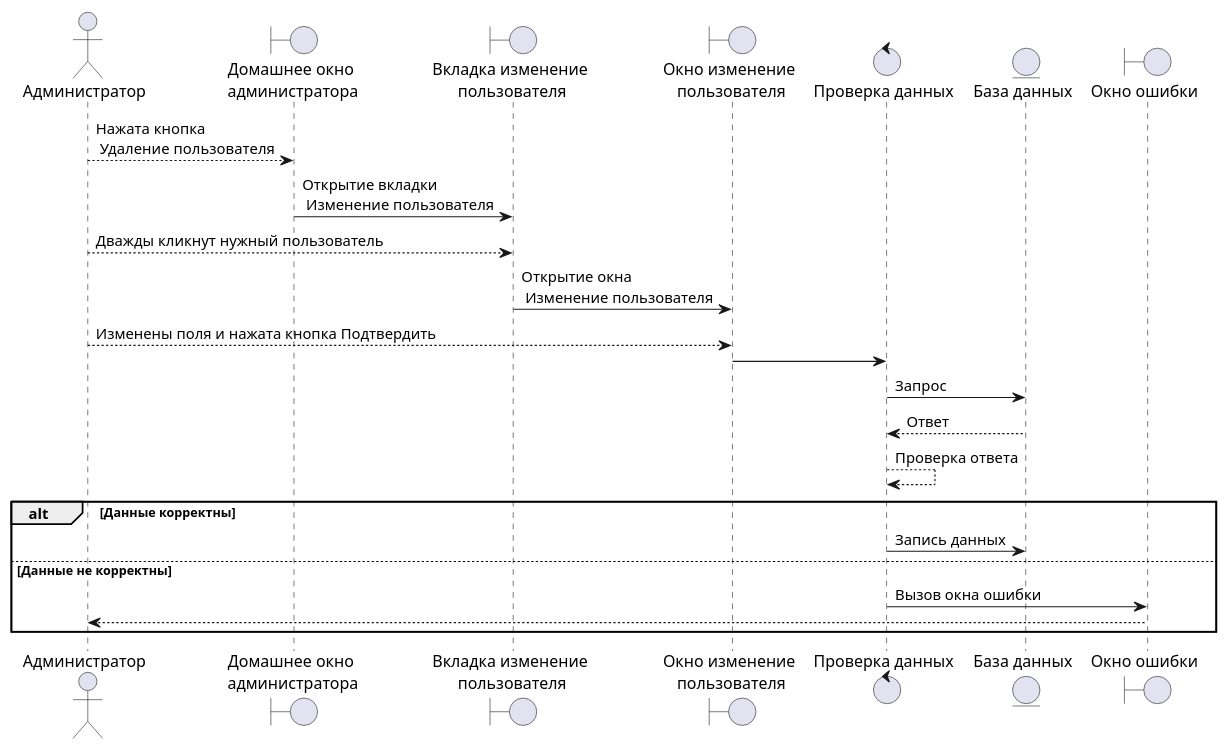
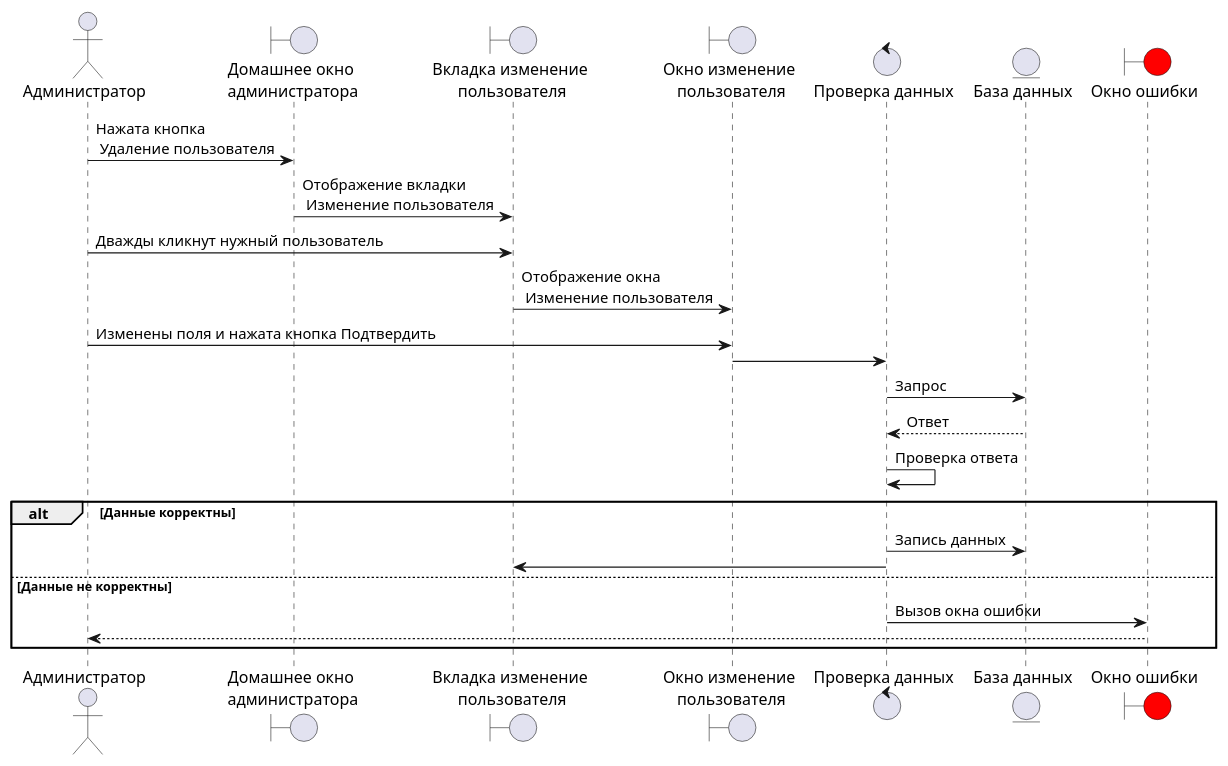
One commit to Undetaker45/MDKP changed the diagram in UML/Posledovatelnosty/PoChangePolzovatelya.wsd. Above: the diagram before and after it, drawn with PlantUML. The commit also changed 64 other files, not shown here.

```diff
--- a/UML/Posledovatelnosty/PoChangePolzovatelya.wsd
+++ b/UML/Posledovatelnosty/PoChangePolzovatelya.wsd
@@ -1,47 +1,49 @@
 @startuml PoYdaleniePolzovatelya.wsd
 
 actor "Администратор" as pl
 
 boundary "Домашнее окно\n администратора" as bo
 
 boundary "Вкладка изменение\n пользователя" as bo1
 
 boundary "Окно изменение\n пользователя" as bo2
 
 control "Проверка данных" as co2
 
 entity "База данных" as en
 
-boundary "Окно ошибки" as err
+boundary "Окно ошибки" as  err #Red
 
-pl --> bo: Нажата кнопка\n Удаление пользователя
+pl -> bo: Нажата кнопка\n Удаление пользователя
 
-bo -> bo1: Открытие вкладки\n Изменение пользователя
+bo -> bo1: Отображение вкладки\n Изменение пользователя
 
-pl --> bo1 : Дважды кликнут нужный пользователь
+pl -> bo1 : Дважды кликнут нужный пользователь
 
-bo1 -> bo2 : Открытие окна\n Изменение пользователя
+bo1 -> bo2 : Отображение окна\n Изменение пользователя
 
-pl --> bo2: Изменены поля и нажата кнопка Подтвердить
+pl -> bo2: Изменены поля и нажата кнопка Подтвердить
 
 bo2 -> co2
 
 co2 -> en : Запрос
 
 en --> co2 : Ответ
 
-co2 --> co2 : Проверка ответа
+co2 -> co2 : Проверка ответа
 
 alt Данные корректны
 
 co2 -> en : Запись данных
+
+co2 -> bo1
 
 else Данные не корректны
 
 co2 -> err : Вызов окна ошибки
 
 err --> pl
 
 end
 
 @enduml
```
